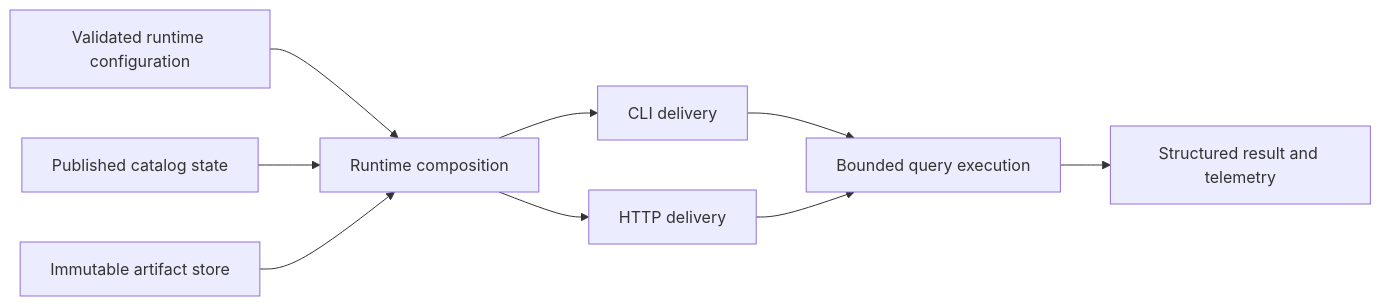
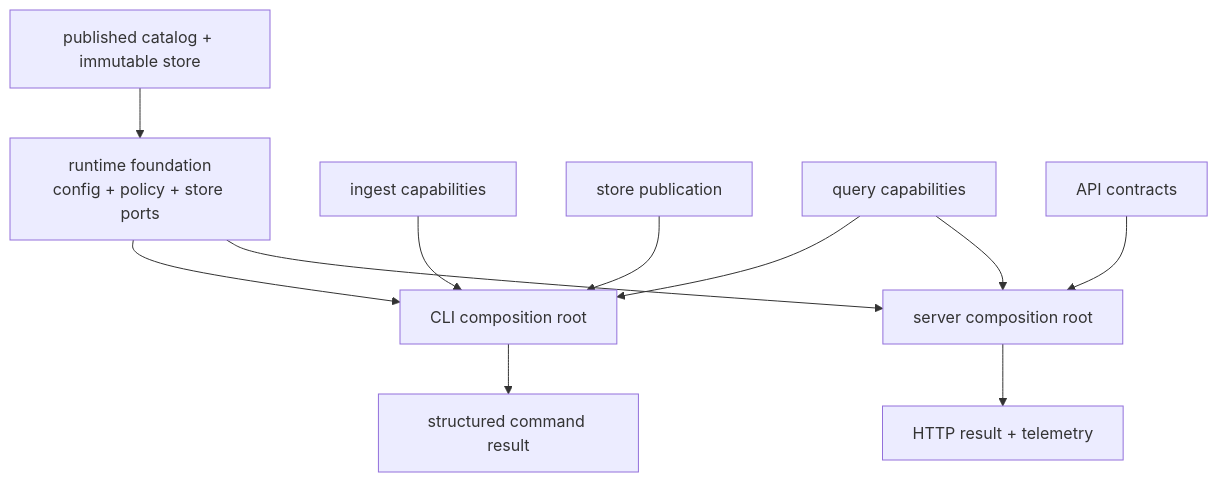
One commit to bijux/bijux-atlas changed the first of 2 diagrams in docs/bijux-atlas/runtime/index.md. Above: the diagram before and after it, drawn with Mermaid. The commit also changed other lines of this file and 2 other files, not shown here.

Commit message:
docs(product): map execution and retry ownership

````diff
--- a/docs/bijux-atlas/runtime/index.md
+++ b/docs/bijux-atlas/runtime/index.md
@@ -17,11 +17,13 @@
 ```mermaid
-flowchart LR
-    Config[Validated runtime configuration] --> Compose[Runtime composition]
-    Catalog[Published catalog state] --> Compose
-    Store[Immutable artifact store] --> Compose
-    Compose --> CLI[CLI delivery]
-    Compose --> HTTP[HTTP delivery]
-    CLI --> Query[Bounded query execution]
-    HTTP --> Query
-    Query --> Evidence[Structured result and telemetry]
+flowchart TB
+    Runtime["runtime foundation<br/>config + policy + store ports"] --> CLI["CLI composition root"]
+    Runtime --> Server["server composition root"]
+    Ingest["ingest capabilities"] --> CLI
+    Store["store publication"] --> CLI
+    Query["query capabilities"] --> CLI
+    API["API contracts"] --> Server
+    Query --> Server
+    Catalog["published catalog + immutable store"] --> Runtime
+    CLI --> Output["structured command result"]
+    Server --> HTTP["HTTP result + telemetry"]
 ```
````
